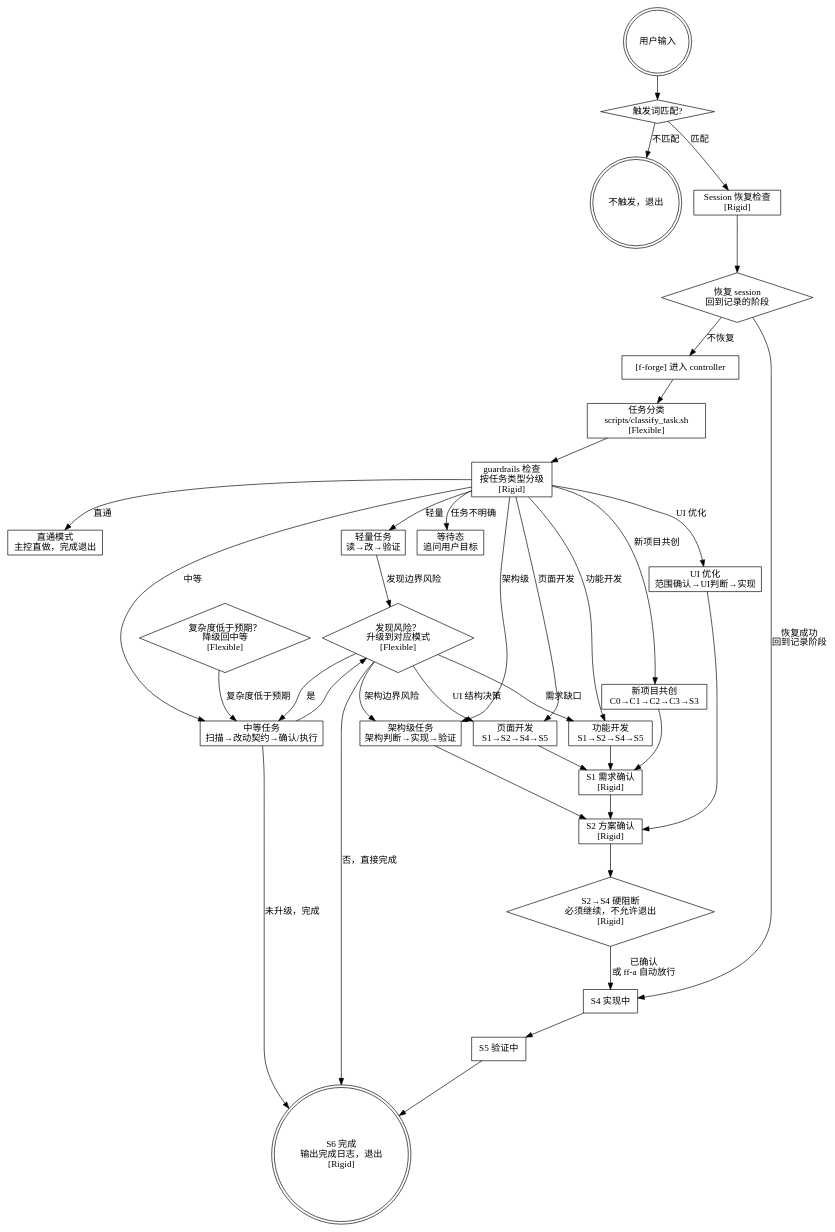
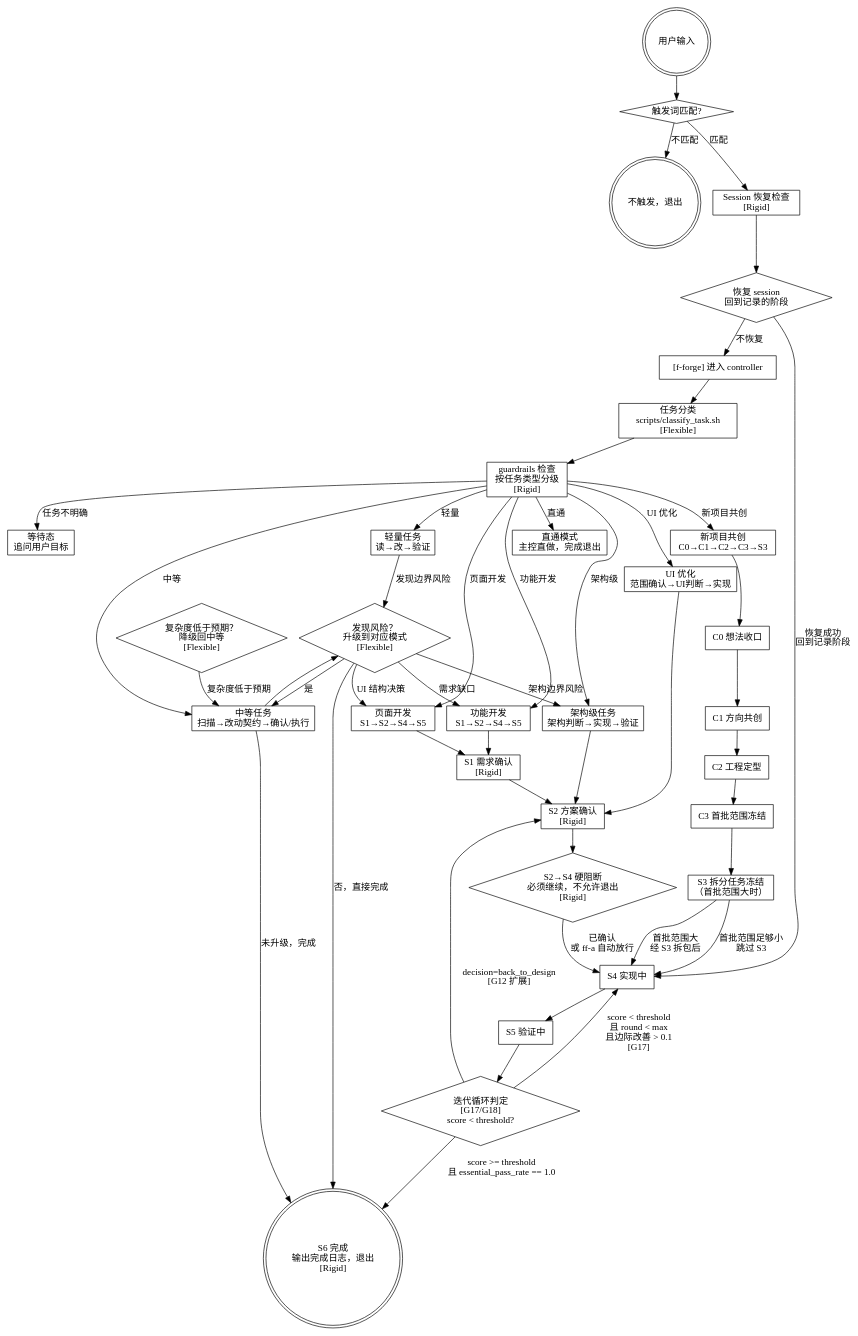
Before and after one commit to lbyxunxunnini/flutter-forge: the first of 3 diagrams in references/workflow_diagram.md, drawn with Graphviz. The commit also changed other lines of this file and 16 other files, not shown here.

```diff
--- a/references/workflow_diagram.md
+++ b/references/workflow_diagram.md
@@ -35,7 +35,14 @@
     s2_s4 [label="S2→S4 硬阻断\n必须继续，不允许退出\n[Rigid]" shape=diamond];
     s4 [label="S4 实现中" shape=box];
     s5 [label="S5 验证中" shape=box];
+    s5_iter [label="迭代循环判定\n[G17/G18]\nscore < threshold?" shape=diamond];
     s6 [label="S6 完成\n输出完成日志，退出\n[Rigid]" shape=doublecircle];
+
+    c0 [label="C0 想法收口" shape=box];
+    c1 [label="C1 方向共创" shape=box];
+    c2 [label="C2 工程定型" shape=box];
+    c3 [label="C3 首批范围冻结" shape=box];
+    s3_from_c [label="S3 拆分任务冻结\n（首批范围大时）" shape=box];
 
     upgrade [label="发现风险？\n升级到对应模式\n[Flexible]" shape=diamond];
     downgrade [label="复杂度低于预期？\n降级回中等\n[Flexible]" shape=diamond];
@@ -76,13 +83,24 @@
     page -> s1;
     ui_opt -> s2;
     arch -> s2;
-    cocreate -> s1;
+    cocreate -> c0;
+
+    // 共创轨道
+    c0 -> c1;
+    c1 -> c2;
+    c2 -> c3;
+    c3 -> s3_from_c;
+    s3_from_c -> s4 [label="首批范围足够小\n跳过 S3"];
+    s3_from_c -> s4 [label="首批范围大\n经 S3 拆包后"];
 
     s1 -> s2;
     s2 -> s2_s4;
     s2_s4 -> s4 [label="已确认\n或 ff-a 自动放行"];
     s4 -> s5;
-    s5 -> s6;
+    s5 -> s5_iter;
+    s5_iter -> s6 [label="score >= threshold\n且 essential_pass_rate == 1.0"];
+    s5_iter -> s4 [label="score < threshold\n且 round < max\n且边际改善 > 0.1\n[G17]"];
+    s5_iter -> s2 [label="decision=back_to_design\n[G12 扩展]"];
 
     // 升级/降级
     upgrade -> feature [label="需求缺口"];
```
